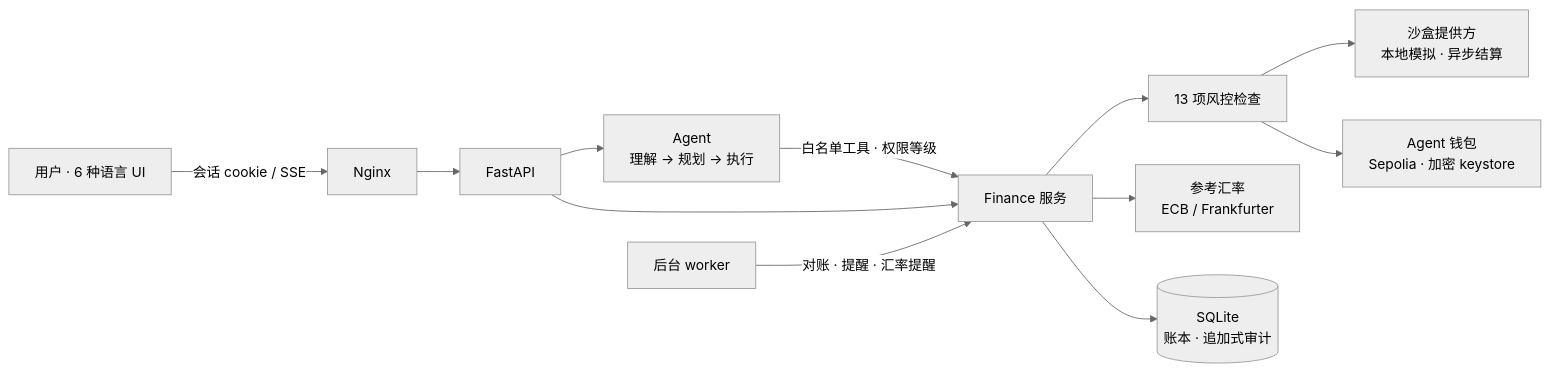
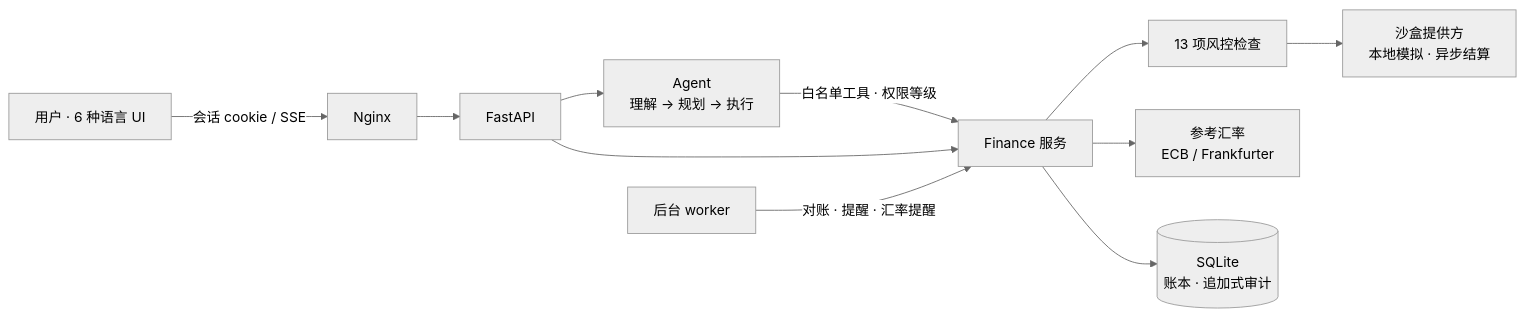
One commit to ytan0008/dot-remittance-agent changed the diagram in README.zh-CN.md. Above: the diagram before and after it, drawn with Mermaid (neutral theme). The commit also changed other lines of this file and 33 other files, not shown here.

````diff
--- a/README.zh-CN.md
+++ b/README.zh-CN.md
@@ -104,14 +107,13 @@
 ```mermaid
 flowchart LR
     U[用户 · 6 种语言 UI] -->|会话 cookie / SSE| N[Nginx]
     N --> API[FastAPI]
     API --> AG[Agent<br/>理解 → 规划 → 执行]
     AG -->|白名单工具 · 权限等级| S[Finance 服务]
     API --> S
     S --> G[13 项风控检查]
     G --> SB[沙盒提供方<br/>本地模拟 · 异步结算]
-    G --> EVM[Agent 钱包<br/>Sepolia · 加密 keystore]
     S --> R[参考汇率<br/>ECB / Frankfurter]
     S --> DB[(SQLite<br/>账本 · 追加式审计)]
     W[后台 worker] -->|对账 · 提醒 · 汇率提醒| S
 ```
````
